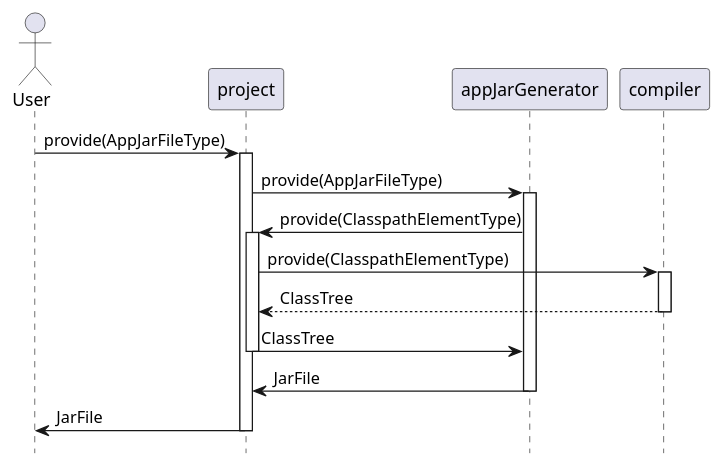
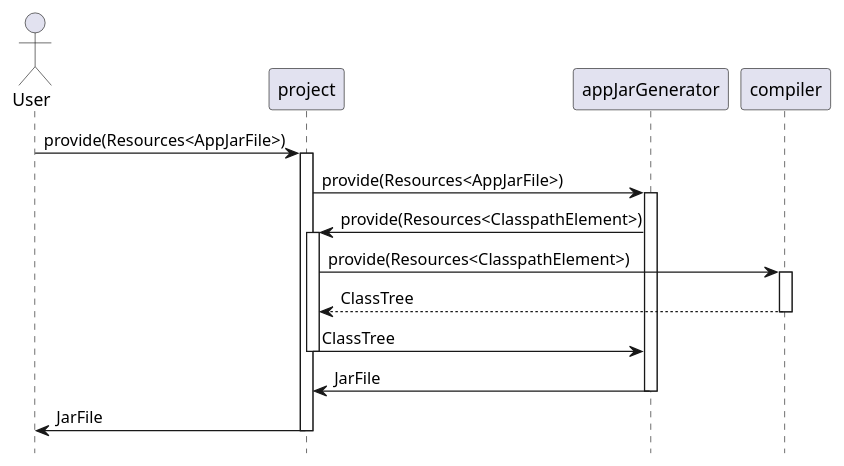
The fourth of 5 diagrams in overview.md (mnlipp/JDrupes-Builder), drawn with PlantUML before and after one commit. The commit also changed other lines of this file and 5 other files, not shown here.

```diff
--- a/overview.md
+++ b/overview.md
@@ -108,21 +152,21 @@
 @startuml build-appjar-project.svg
 hide footbox
 
 actor User as user
-user -> project : provide(AppJarFileType)
+user -> project : provide(Resources<AppJarFile>)
 activate project
-project -> appJarGenerator : provide(AppJarFileType)
+project -> appJarGenerator : provide(Resources<AppJarFile>)
 activate appJarGenerator
-appJarGenerator -> project : provide(ClasspathElementType)
+appJarGenerator -> project : provide(Resources<ClasspathElement>)
 activate project
-project -> compiler : provide(ClasspathElementType)
+project -> compiler : provide(Resources<ClasspathElement>)
 activate compiler
 compiler --> project: ClassTree
 deactivate compiler
 project -> appJarGenerator : ClassTree
 deactivate project
 appJarGenerator -> project : JarFile
 deactivate appJarGenerator
 project -> user : JarFile
 deactivate project
 @enduml
```
